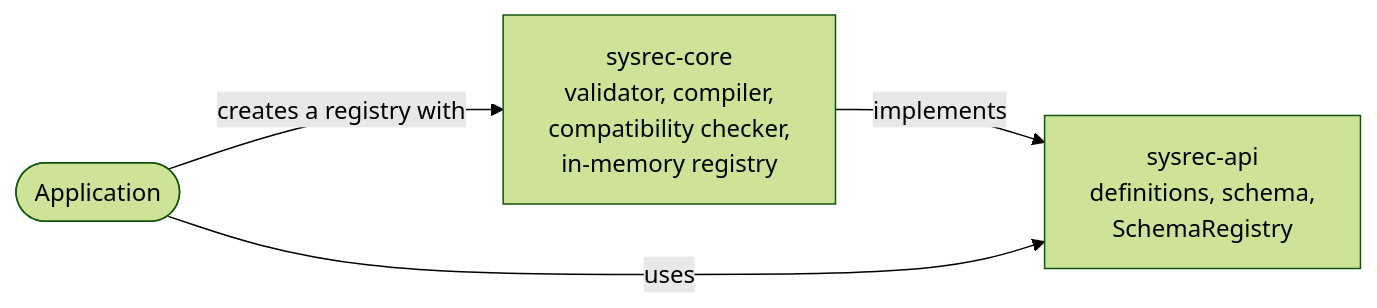
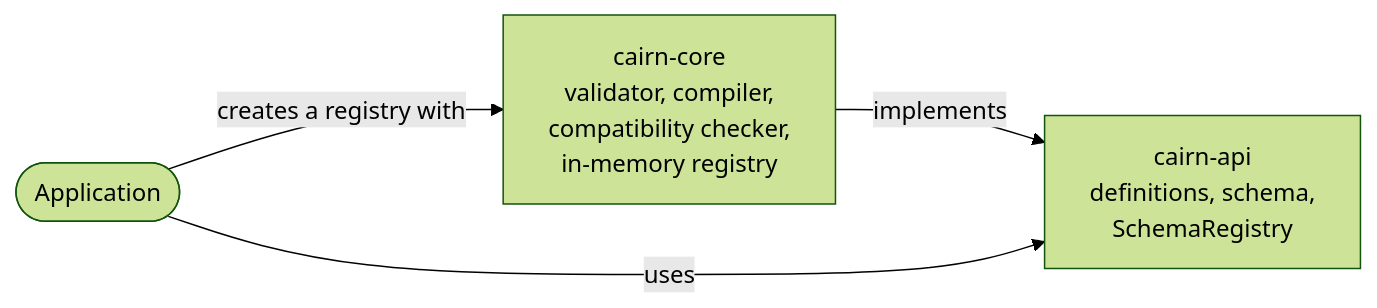
One commit to enricoag1982/Cairn changed the second of 2 diagrams in docs/architecture/README.md. Above: the diagram before and after it, drawn with Mermaid (forest theme). The commit also changed other lines of this file and 152 other files, not shown here.

````diff
--- a/docs/architecture/README.md
+++ b/docs/architecture/README.md
@@ -65,6 +65,6 @@
 ```mermaid
 flowchart LR
-    core[sysrec-core<br/>validator, compiler,<br/>compatibility checker,<br/>in-memory registry] -->|implements| api[sysrec-api<br/>definitions, schema,<br/>SchemaRegistry]
+    core[cairn-core<br/>validator, compiler,<br/>compatibility checker,<br/>in-memory registry] -->|implements| api[cairn-api<br/>definitions, schema,<br/>SchemaRegistry]
     app([Application]) -->|uses| api
     app -->|creates a registry with| core
 ```
````
